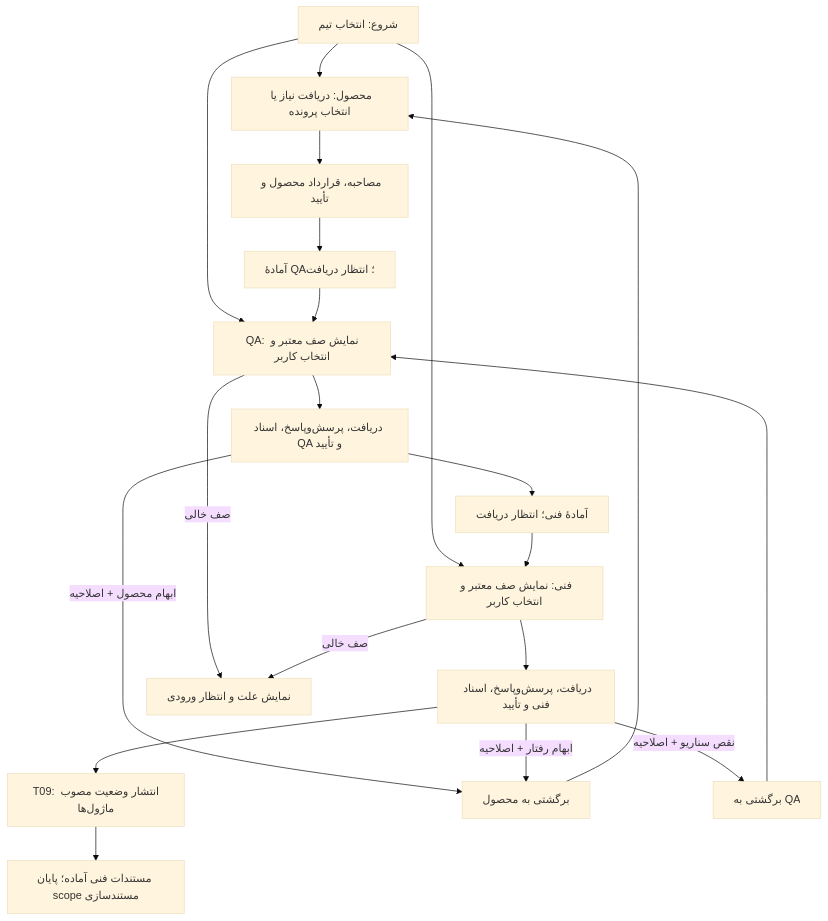
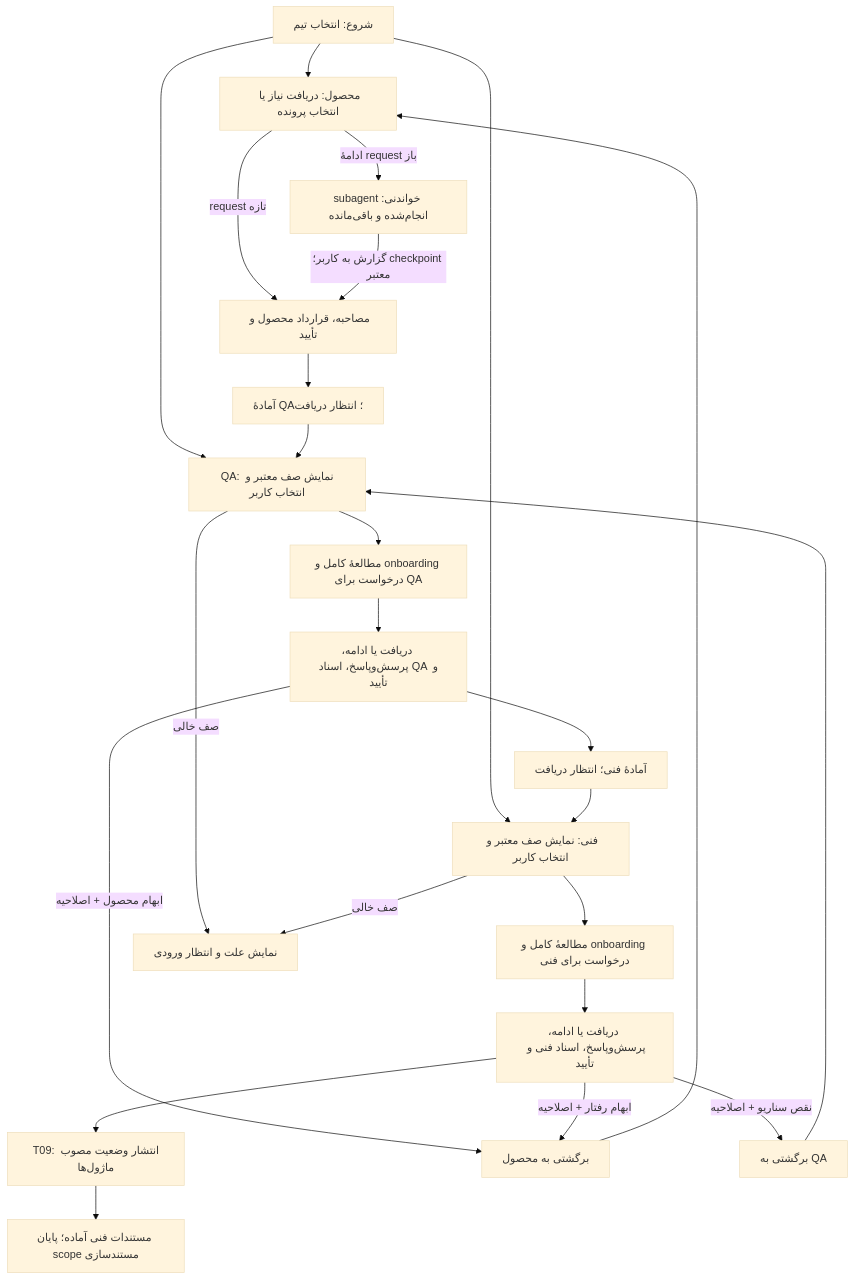
The diagram in workflows/00-team-entry.md (oveysrostami/product-workflow), drawn with Mermaid (base theme) before and after one commit. The commit also changed other lines of this file and 26 other files, not shown here.

Commit message:
Add request onboarding for product, QA, and technical workflows

````diff
--- a/workflows/00-team-entry.md
+++ b/workflows/00-team-entry.md
@@ -51,22 +53,26 @@
 ```mermaid
 flowchart TD
     Start["شروع: انتخاب تیم"] --> Product["محصول: دریافت نیاز یا انتخاب پرونده"]
     Start --> QA["QA: نمایش صف معتبر و انتخاب کاربر"]
     Start --> Tech["فنی: نمایش صف معتبر و انتخاب کاربر"]
-    Product --> P["مصاحبه، قرارداد محصول و تأیید"]
+    Product -->|"request تازه"| P["مصاحبه، قرارداد محصول و تأیید"]
+    Product -->|"ادامهٔ request باز"| PR["subagent خواندنی: انجام‌شده و باقی‌مانده"]
+    PR -->|"گزارش به کاربر؛ checkpoint معتبر"| P
     P --> PQ["آمادهٔ QA؛ انتظار دریافت"]
     PQ --> QA
-    QA --> Q["دریافت، پرسش‌وپاسخ، اسناد QA و تأیید"]
+    QA --> QO["مطالعهٔ کامل و onboarding درخواست برای QA"]
+    QO --> Q["دریافت یا ادامه، پرسش‌وپاسخ، اسناد QA و تأیید"]
     Q --> QT["آمادهٔ فنی؛ انتظار دریافت"]
     QT --> Tech
-    Tech --> T["دریافت، پرسش‌وپاسخ، اسناد فنی و تأیید"]
+    Tech --> TO["مطالعهٔ کامل و onboarding درخواست برای فنی"]
+    TO --> T["دریافت یا ادامه، پرسش‌وپاسخ، اسناد فنی و تأیید"]
     T --> M["T09: انتشار وضعیت مصوب ماژول‌ها"]
     M --> Done["مستندات فنی آماده؛ پایان scope مستندسازی"]
     Q -->|"ابهام محصول + اصلاحیه"| RP["برگشتی به محصول"]
     T -->|"ابهام رفتار + اصلاحیه"| RP
     T -->|"نقص سناریو + اصلاحیه"| RQ["برگشتی به QA"]
     RP --> Product
     RQ --> QA
     QA -->|"صف خالی"| Wait["نمایش علت و انتظار ورودی"]
     Tech -->|"صف خالی"| Wait
 ```
````
